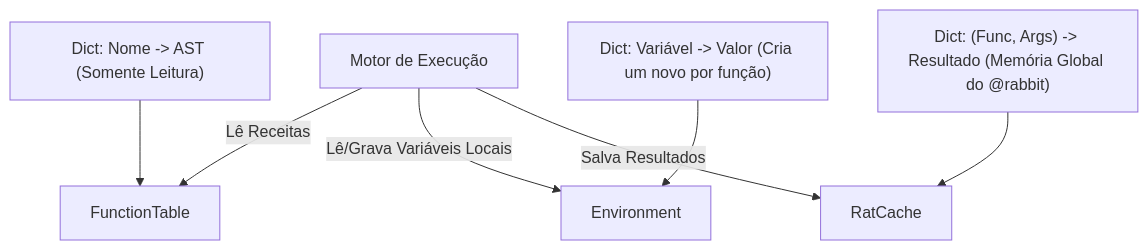
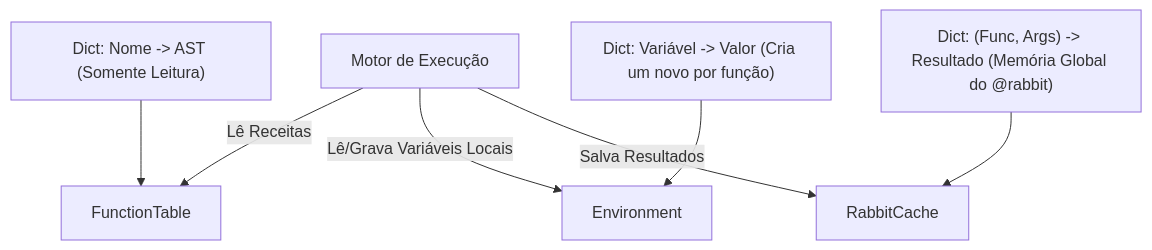
The first of 3 diagrams in documentation/interpreter.md (EduLoboM/OldFaith), drawn with Mermaid before and after one commit. The commit also changed other lines of this file and 1 other file, not shown here.

Commit message:
docs: 📝 adiciona visualização de atributos mermaid corretamente

````diff
--- a/documentation/interpreter.md
+++ b/documentation/interpreter.md
@@ -3,19 +3,19 @@
 ```mermaid
 graph TD
     Interpreter[Motor de Execução]:::runner
 
     %% Estruturas
     FuncTable[FunctionTable]:::static
     Env[Environment]:::dynamic
-    RatC[RatCache]:::cache
+    RatC[RabbitCache]:::cache
 
     %% Relações
     Interpreter -->|Lê Receitas| FuncTable
     Interpreter -->|Lê/Grava Variáveis Locais| Env
     Interpreter -->|Salva Resultados| RatC
 
     %% Descrições
     DescTable["Dict: Nome -> AST (Somente Leitura)"] --> FuncTable
     DescEnv["Dict: Variável -> Valor (Cria um novo por função)"] --> Env
     DescCache["Dict: (Func, Args) -> Resultado (Memória Global do @rabbit)"] --> RatC
 ```
````
